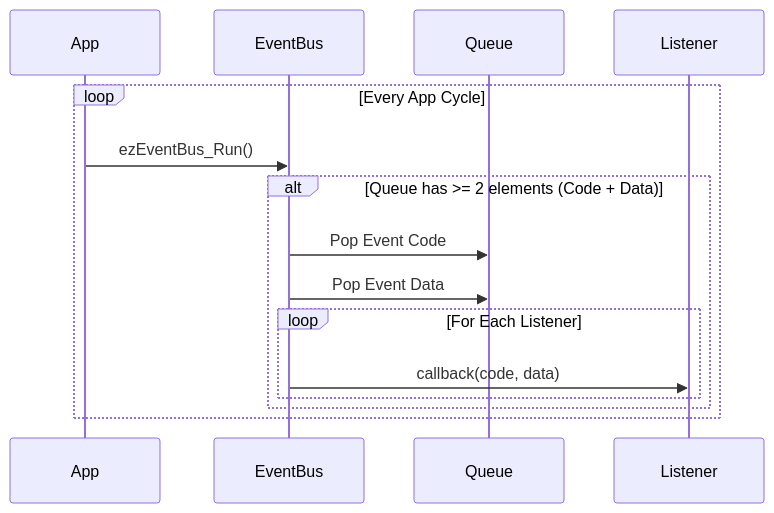
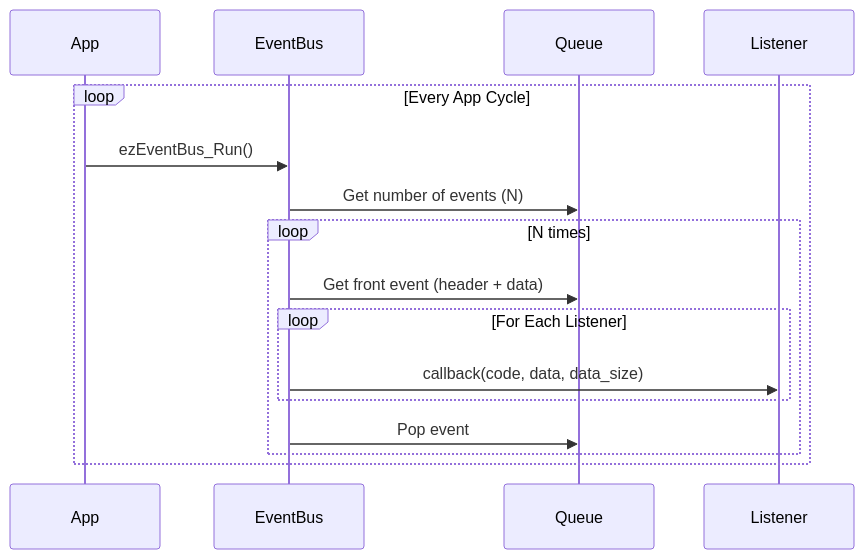
Before and after one commit to ezMbedded/EasyEmbeddedFramework: the second of 3 diagrams in docs/easy_embedded/service/event_bus/event_bus.rst, drawn with Mermaid. The commit also changed other lines of this file and 3 other files, not shown here.

```diff
--- a/docs/easy_embedded/service/event_bus/event_bus.rst
+++ b/docs/easy_embedded/service/event_bus/event_bus.rst
@@ -55,19 +82,21 @@
 .. mermaid::
 
     sequenceDiagram
         participant App
         participant EventBus
         participant Queue
         participant Listener
 
         loop Every App Cycle
             App->>EventBus: ezEventBus_Run()
-            alt Queue has >= 2 elements (Code + Data)
-                EventBus->>Queue: Pop Event Code
-                EventBus->>Queue: Pop Event Data
-                
+            EventBus->>Queue: Get number of events (N)
+            loop N times
+                EventBus->>Queue: Get front event (header + data)
+
                 loop For Each Listener
-                    EventBus->>Listener: callback(code, data)
+                    EventBus->>Listener: callback(code, data, data_size)
                 end
+
+                EventBus->>Queue: Pop event
             end
         end
```
